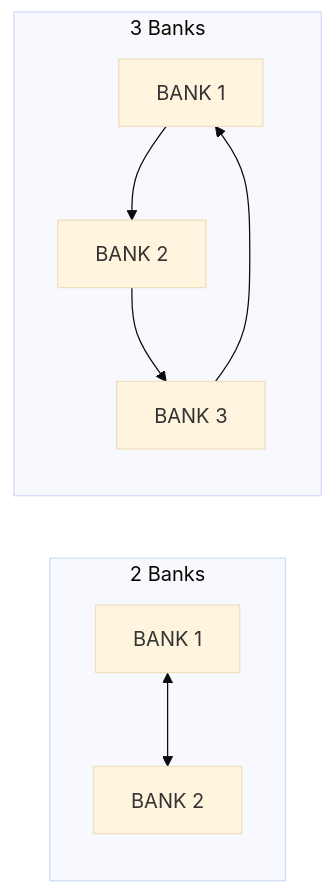
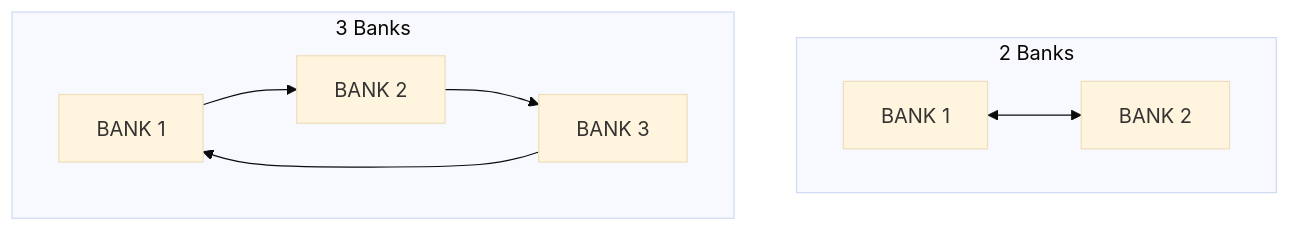
The diagram in docs/pc-8201a-users-guide/chapters/05-operating.md (akostibas/pc8201a-meshtastic), drawn with Mermaid (base theme) before and after one commit. The commit also changed other lines of this file and 8 other files, not shown here.

````diff
--- a/docs/pc-8201a-users-guide/chapters/05-operating.md
+++ b/docs/pc-8201a-users-guide/chapters/05-operating.md
@@ -1139,11 +1135,11 @@
 ```mermaid
-graph LR
+flowchart TD
   subgraph two_bank ["2 Banks"]
     B1A[BANK 1] <--> B2A[BANK 2]
   end
   subgraph three_bank ["3 Banks"]
     B1B[BANK 1] --> B2B[BANK 2]
     B2B --> B3B[BANK 3]
     B3B --> B1B
   end
 ```
````
